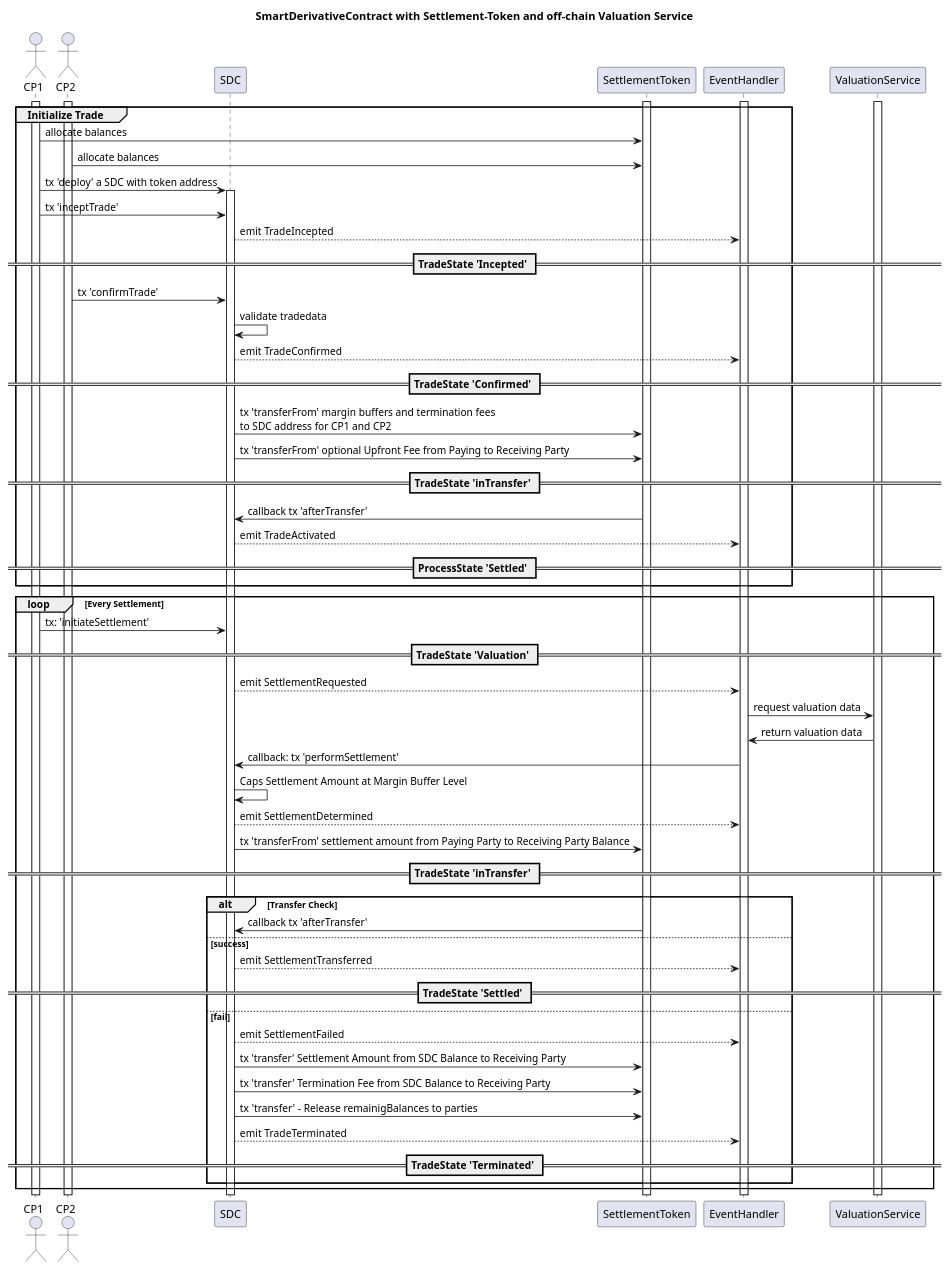
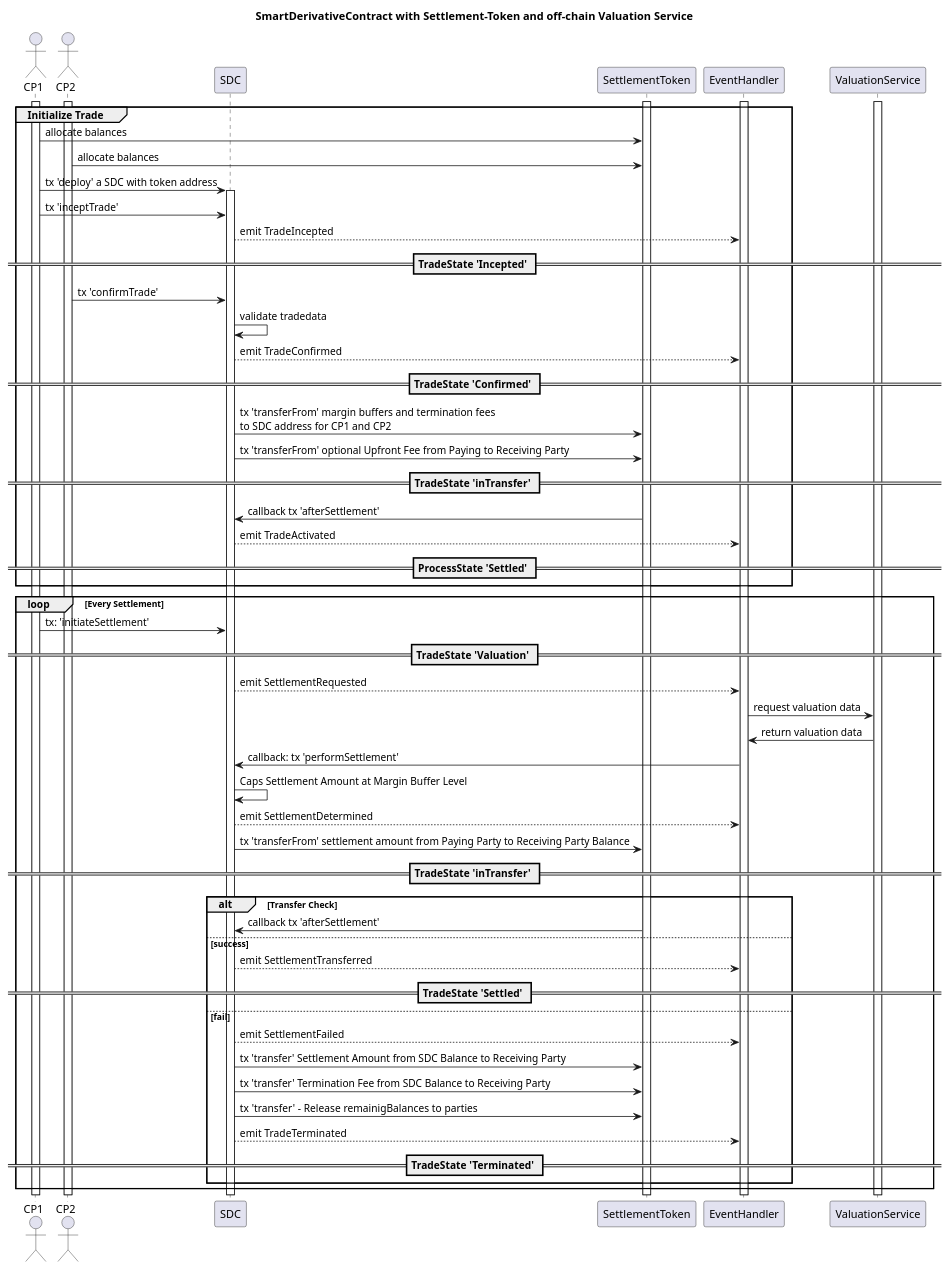
Before and after one commit to ethereum/ERCs: the diagram in assets/erc-6123/doc/sequence.puml, drawn with PlantUML. The commit also changed 7 other files, not shown here.

Commit message:
Update ERC-6123: Refactor rename afterTransfer -> afterSettlement

```diff
--- a/assets/erc-6123/doc/sequence.puml
+++ b/assets/erc-6123/doc/sequence.puml
@@ -1,89 +1,89 @@
 @startuml
 'https://plantuml.com/sequence-diagram
 title SmartDerivativeContract with Settlement-Token and off-chain Valuation Service
 
 	actor CP1
 	actor CP2
 
 	participant SDC
 
     participant SettlementToken
 
 	participant EventHandler
 	participant ValuationService
 
 activate EventHandler
 activate SettlementToken
 activate ValuationService
 
 activate CP1
 activate CP2
 
 group Initialize Trade
 CP1 ->SettlementToken: allocate balances
 CP2 ->SettlementToken: allocate balances
 CP1 ->SDC: tx 'deploy' a SDC with token address
 activate SDC
 CP1 ->SDC:                 tx 'inceptTrade'
 
 SDC-->EventHandler: emit TradeIncepted
 == TradeState 'Incepted' ==
 
     CP2->SDC: tx 'confirmTrade'
     SDC->SDC: validate tradedata
 
     SDC-->EventHandler: emit TradeConfirmed
 
 == TradeState 'Confirmed' ==
 
     SDC -> SettlementToken: tx 'transferFrom' margin buffers and termination fees\nto SDC address for CP1 and CP2
     SDC -> SettlementToken: tx 'transferFrom' optional Upfront Fee from Paying to Receiving Party
 
 ==  TradeState 'inTransfer' ==
 
-    SettlementToken->SDC: callback tx 'afterTransfer'
+    SettlementToken->SDC: callback tx 'afterSettlement'
 
     SDC-->EventHandler: emit TradeActivated
 
 ==ProcessState 'Settled' ==
 
 end
 
 loop Every Settlement
 
 
 CP1->SDC: tx: 'initiateSettlement'
 
 == TradeState 'Valuation' ==
 SDC-->EventHandler:emit SettlementRequested
 
 EventHandler->ValuationService: request valuation data
 ValuationService->EventHandler: return valuation data
 EventHandler->SDC: callback: tx 'performSettlement'
 SDC->SDC:Caps Settlement Amount at Margin Buffer Level
 
 SDC-->EventHandler: emit SettlementDetermined
 
 SDC->SettlementToken: tx 'transferFrom' settlement amount from Paying Party to Receiving Party Balance
 == TradeState 'inTransfer' ==
 
 alt Transfer Check
-	SettlementToken->SDC: callback tx 'afterTransfer'
+	SettlementToken->SDC: callback tx 'afterSettlement'
 else success
     SDC-->EventHandler: emit SettlementTransferred
 == TradeState 'Settled' ==
 else fail
     SDC-->EventHandler: emit SettlementFailed
 
 	SDC->SettlementToken: tx 'transfer' Settlement Amount from SDC Balance to Receiving Party
 	SDC->SettlementToken: tx 'transfer' Termination Fee from SDC Balance to Receiving Party
     SDC->SettlementToken: tx 'transfer' - Release  remainigBalances to parties
 
     SDC-->EventHandler: emit TradeTerminated
 == TradeState 'Terminated' ==
 end
 
 
 end
 
 @enduml
```
